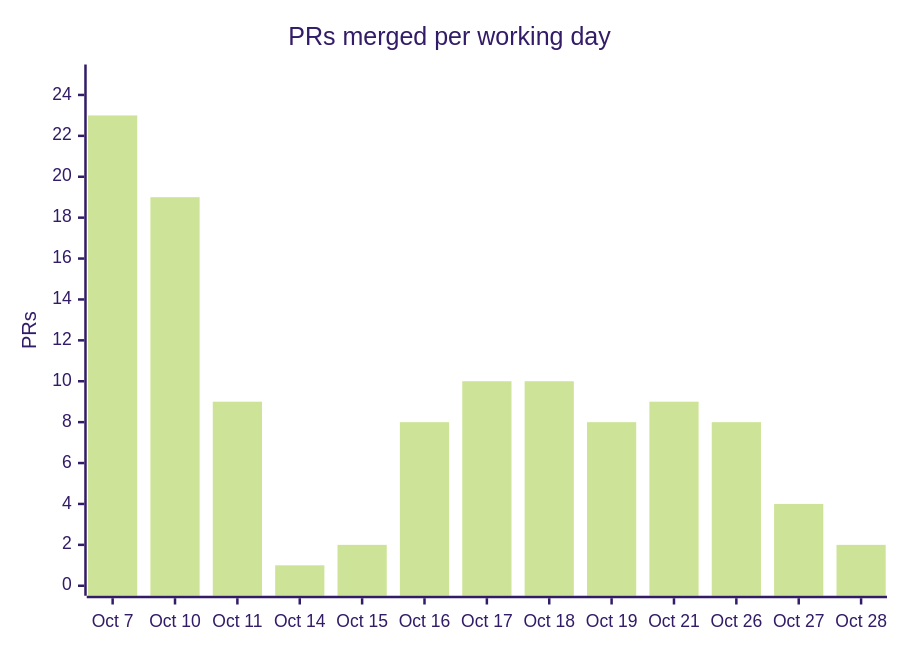
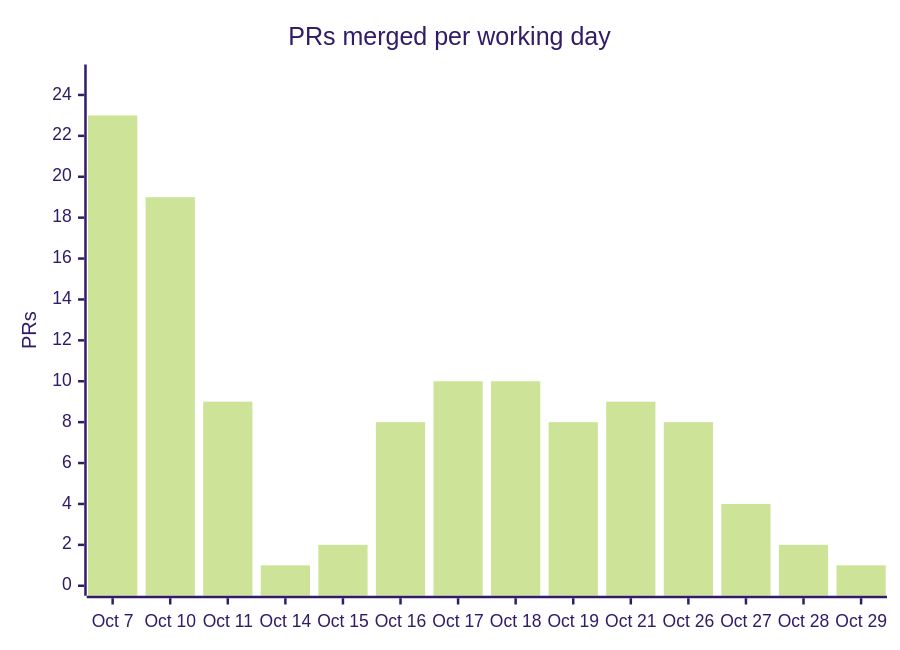
Before and after one commit to cmprssd/swjkja: the fourth of 7 diagrams in docs/OVERVIEW.md, drawn with Mermaid (forest theme). The commit also changed other lines of this file and 14 other files, not shown here.

````diff
--- a/docs/OVERVIEW.md
+++ b/docs/OVERVIEW.md
@@ -166,7 +166,7 @@
 ```mermaid
 xychart-beta
     title "PRs merged per working day"
-    x-axis ["Oct 7", "Oct 10", "Oct 11", "Oct 14", "Oct 15", "Oct 16", "Oct 17", "Oct 18", "Oct 19", "Oct 21", "Oct 26", "Oct 27", "Oct 28"]
+    x-axis ["Oct 7", "Oct 10", "Oct 11", "Oct 14", "Oct 15", "Oct 16", "Oct 17", "Oct 18", "Oct 19", "Oct 21", "Oct 26", "Oct 27", "Oct 28", "Oct 29"]
     y-axis "PRs" 0 --> 25
-    bar [23, 19, 9, 1, 2, 8, 10, 10, 8, 9, 8, 4, 2]
+    bar [23, 19, 9, 1, 2, 8, 10, 10, 8, 9, 8, 4, 2, 1]
 ```
````
